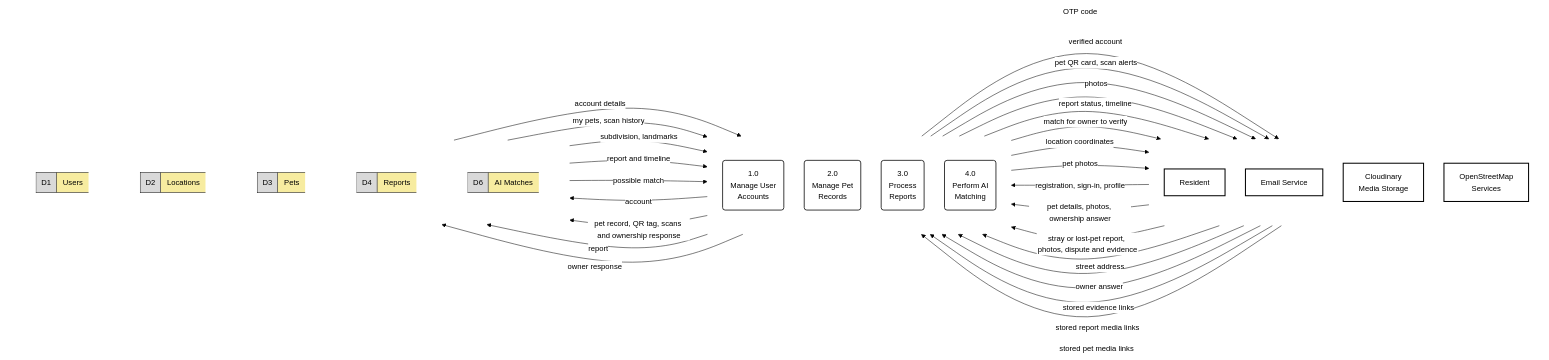
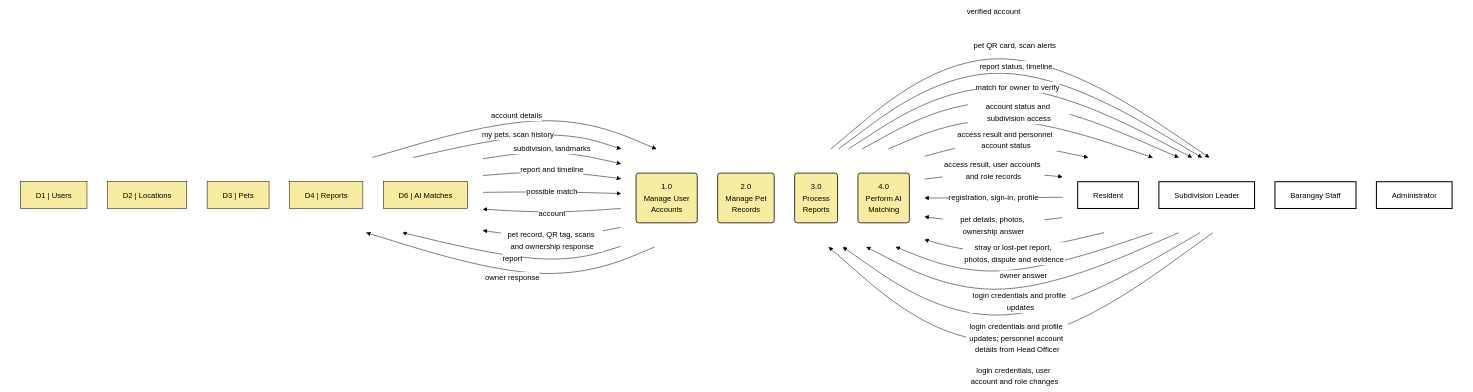
One commit to Otivz/Straysafe2.0 changed the first of 8 diagrams in docs/DFD/02_LEVEL1_DFD_BY_ROLE.md. Above: the diagram before and after it, drawn with Mermaid. The commit also changed other lines of this file and 81 other files, not shown here.

```diff
--- a/docs/DFD/02_LEVEL1_DFD_BY_ROLE.md
+++ b/docs/DFD/02_LEVEL1_DFD_BY_ROLE.md
@@ -39,9 +41,9 @@
     subgraph COL1[" "]
         direction TB
         RES["Resident"]:::ent
-        EML["Email Service"]:::ent
-        CLD["Cloudinary<br/>Media Storage"]:::ent
-        MAP["OpenStreetMap<br/>Services"]:::ent
+        LDR["Subdivision Leader"]:::ent
+        STF["Barangay Staff"]:::ent
+        ADM["Administrator"]:::ent
     end
     subgraph COL2[" "]
         direction TB
@@ -52,17 +54,17 @@
     end
     subgraph COL3[" "]
         direction TB
-        D1["<table style='border-collapse:collapse;border-spacing:0;border:1px solid black;border-right:0;color:black'><tr><td style='border-right:1px solid black;background:rgb(217,217,217);padding:8px 10px;white-space:nowrap'>D1</td><td style='background:rgb(247,236,160);padding:8px 12px;white-space:nowrap'>Users</td></tr></table>"]:::store
-        D2["<table style='border-collapse:collapse;border-spacing:0;border:1px solid black;border-right:0;color:black'><tr><td style='border-right:1px solid black;background:rgb(217,217,217);padding:8px 10px;white-space:nowrap'>D2</td><td style='background:rgb(247,236,160);padding:8px 12px;white-space:nowrap'>Locations</td></tr></table>"]:::store
-        D3["<table style='border-collapse:collapse;border-spacing:0;border:1px solid black;border-right:0;color:black'><tr><td style='border-right:1px solid black;background:rgb(217,217,217);padding:8px 10px;white-space:nowrap'>D3</td><td style='background:rgb(247,236,160);padding:8px 12px;white-space:nowrap'>Pets</td></tr></table>"]:::store
-        D4["<table style='border-collapse:collapse;border-spacing:0;border:1px solid black;border-right:0;color:black'><tr><td style='border-right:1px solid black;background:rgb(217,217,217);padding:8px 10px;white-space:nowrap'>D4</td><td style='background:rgb(247,236,160);padding:8px 12px;white-space:nowrap'>Reports</td></tr></table>"]:::store
-        D6["<table style='border-collapse:collapse;border-spacing:0;border:1px solid black;border-right:0;color:black'><tr><td style='border-right:1px solid black;background:rgb(217,217,217);padding:8px 10px;white-space:nowrap'>D6</td><td style='background:rgb(247,236,160);padding:8px 12px;white-space:nowrap'>AI Matches</td></tr></table>"]:::store
+        D1["D1 | Users"]:::store
+        D2["D2 | Locations"]:::store
+        D3["D3 | Pets"]:::store
+        D4["D4 | Reports"]:::store
+        D6["D6 | AI Matches"]:::store
     end
     COL1 ~~~ COL2 ~~~ COL3
 
+    %% Plain-label Mermaid preview. Exact editable DFD symbols: ../drawio/DFD_editable.drawio
     %% Arrows carry data; dashed processes continue on another page.
     RES -->|"registration, sign-in, profile"| P1
-    P1 -->|"OTP code"| EML
     P1 -->|"account"| D1
     D1 -->|"account details"| P1
     P1 -->|"verified account"| RES
@@ -71,8 +73,6 @@
     D3 -->|"my pets, scan history"| P2
     P2 -->|"pet QR card, scan alerts"| RES
     RES -->|"stray or lost-pet report, photos, dispute and evidence"| P3
-    P3 -->|"photos"| CLD
-    MAP -->|"street address"| P3
     D2 -->|"subdivision, landmarks"| P3
     P3 -->|"report"| D4
     D4 -->|"report and timeline"| P3
@@ -81,15 +81,19 @@
     P4 -->|"match for owner to verify"| RES
     RES -->|"owner answer"| P4
     P4 -->|"owner response"| D6
-    CLD -->|"stored evidence links"| P3
-    P3 -->|"location coordinates"| MAP
-    CLD -->|"stored report media links"| P3
-    P2 -->|"pet photos"| CLD
-    CLD -->|"stored pet media links"| P2
+
+
+    %% Shared account process includes every authenticated human role.
+    LDR -->|"login credentials and profile updates"| P1
+    P1 -->|"account status and subdivision access"| LDR
+    STF -->|"login credentials and profile updates; personnel account details from Head Officer"| P1
+    P1 -->|"access result and personnel account status"| STF
+    ADM -->|"login credentials, user account and role changes"| P1
+    P1 -->|"access result, user accounts and role records"| ADM
 
     classDef ent fill:#ffffff,stroke:#000000,stroke-width:2px
-    classDef proc fill:#ffffff,stroke:#000000,stroke-width:1.5px
-    classDef store fill:transparent,stroke:none,padding:0px
+    classDef proc fill:#f7eca0,stroke:#000000,stroke-width:1.5px
+    classDef store fill:#f7eca0,stroke:#000000,stroke-width:1px
     classDef off fill:#ffffff,stroke:#000000,stroke-width:1px,stroke-dasharray:5 4
 
     style COL1 fill:transparent,stroke:none
```
